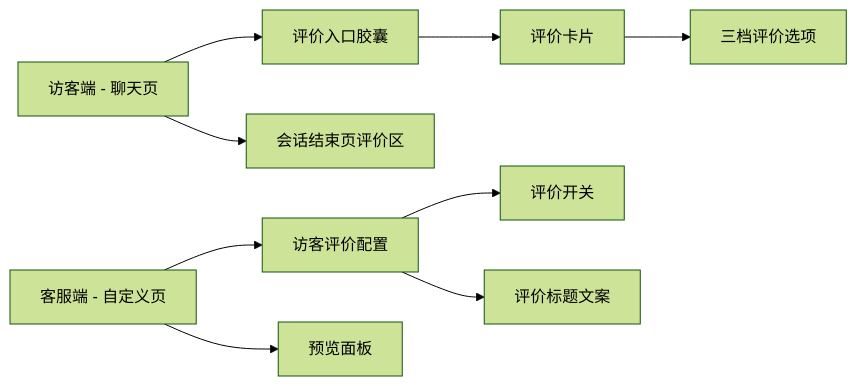
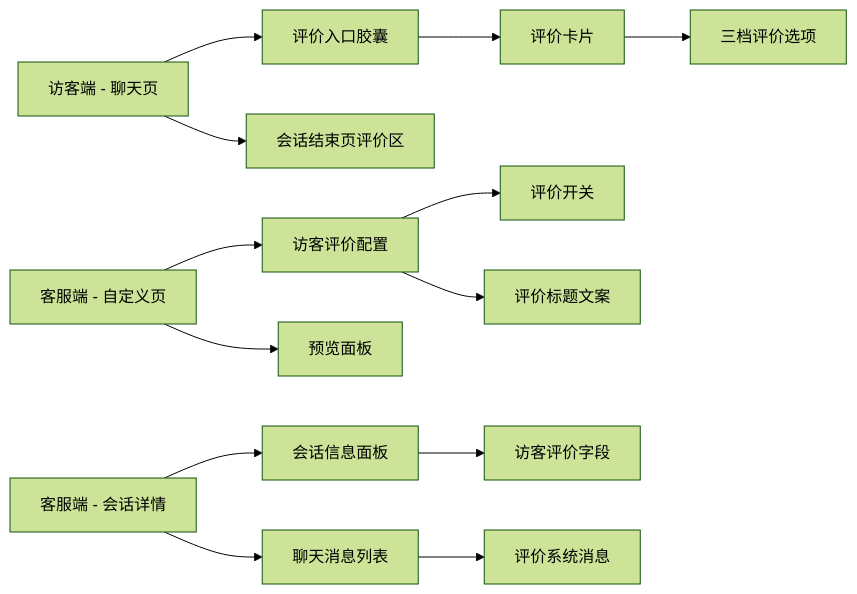
The first of 2 diagrams in docs/PRD-访客评价调整.md (goeye/twt), drawn with Mermaid (forest theme) before and after one commit. The commit also changed other lines of this file and 1 other file, not shown here.

````diff
--- a/docs/PRD-访客评价调整.md
+++ b/docs/PRD-访客评价调整.md
@@ -53,11 +55,15 @@
 ```mermaid
 graph LR
     A[访客端 - 聊天页] --> B[评价入口胶囊]
     B --> C[评价卡片]
     C --> D[三档评价选项]
     A --> E[会话结束页评价区]
     F[客服端 - 自定义页] --> G[访客评价配置]
     G --> H[评价开关]
     G --> I[评价标题文案]
     F --> J[预览面板]
+    K[客服端 - 会话详情] --> L[会话信息面板]
+    L --> M[访客评价字段]
+    K --> N[聊天消息列表]
+    N --> O[评价系统消息]
 ```
````
